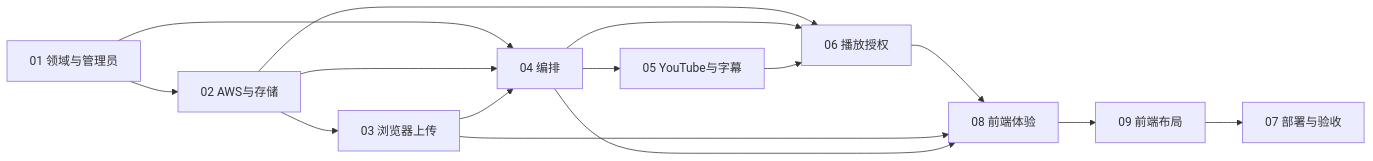
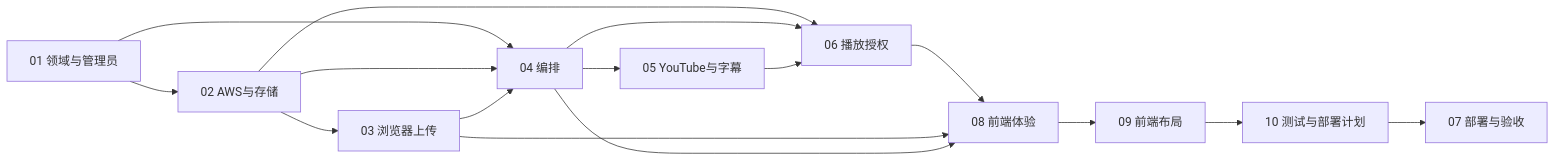
Before and after one commit to caoyjie/mediacms: the third of 3 diagrams in docs/superpowers/specs/aws-backend-integration/README.md, drawn with Mermaid. The commit also changed other lines of this file and 1 other file, not shown here.

Commit message:
docs: plan resource-aware test and deployment

````diff
--- a/docs/superpowers/specs/aws-backend-integration/README.md
+++ b/docs/superpowers/specs/aws-backend-integration/README.md
@@ -97,17 +98,18 @@
 ```mermaid
 flowchart LR
     D[01 领域与管理员] --> A[02 AWS与存储]
     A --> U[03 浏览器上传]
     D --> O[04 编排]
     A --> O
     U --> O
     O --> Y[05 YouTube与字幕]
     A --> P[06 播放授权]
     O --> P
     Y --> P
     P --> F[08 前端体验]
     U --> F
     O --> F
     F --> L[09 前端布局]
-    L --> V[07 部署与验收]
+    L --> T[10 测试与部署计划]
+    T --> V[07 部署与验收]
 ```
````
